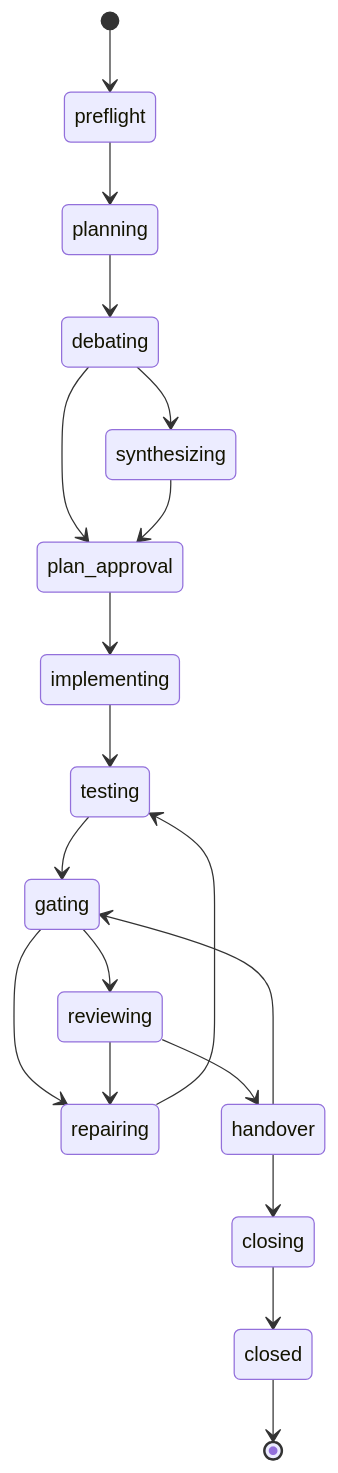
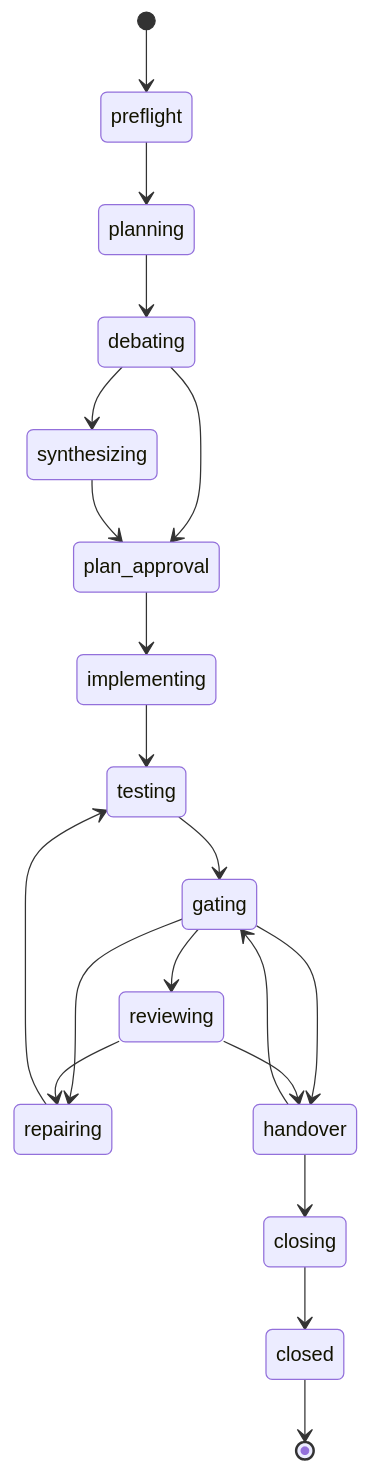
The diagram in docs/dev/lifecycle-state-machine.md (NourHayik/Looprch), drawn with Mermaid before and after one commit. The commit also changed other lines of this file and 45 other files, not shown here.

````diff
--- a/docs/dev/lifecycle-state-machine.md
+++ b/docs/dev/lifecycle-state-machine.md
@@ -6,21 +6,22 @@
 ```mermaid
 stateDiagram-v2
   [*] --> preflight
   preflight --> planning
   planning --> debating
   debating --> synthesizing
   debating --> plan_approval
   synthesizing --> plan_approval
   plan_approval --> implementing
   implementing --> testing
   testing --> gating
   gating --> reviewing
   gating --> repairing
+  gating --> handover
   repairing --> testing
   reviewing --> handover
   reviewing --> repairing
   handover --> closing
   handover --> gating
   closing --> closed
   closed --> [*]
 ```
````
